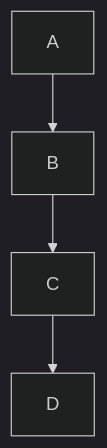
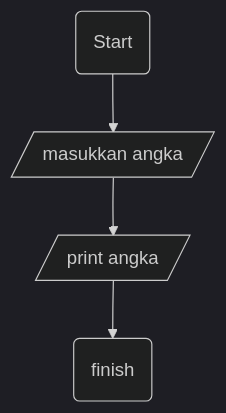
Before and after one commit to evauex/daa: the diagram in pertemuan/pert3/flowchart.md, drawn with Mermaid (dark theme).

Commit message:
perubahan

````diff
--- a/pertemuan/pert3/flowchart.md
+++ b/pertemuan/pert3/flowchart.md
@@ -1,6 +1,6 @@
 ```mermaid
     flowchart TD;
-    A --> B;
-    B --> C;
-    C --> D;
+    A(Start) --> B[/masukkan angka/];
+    B --> C[/print angka/];
+    C --> D(finish);
 ```
````
